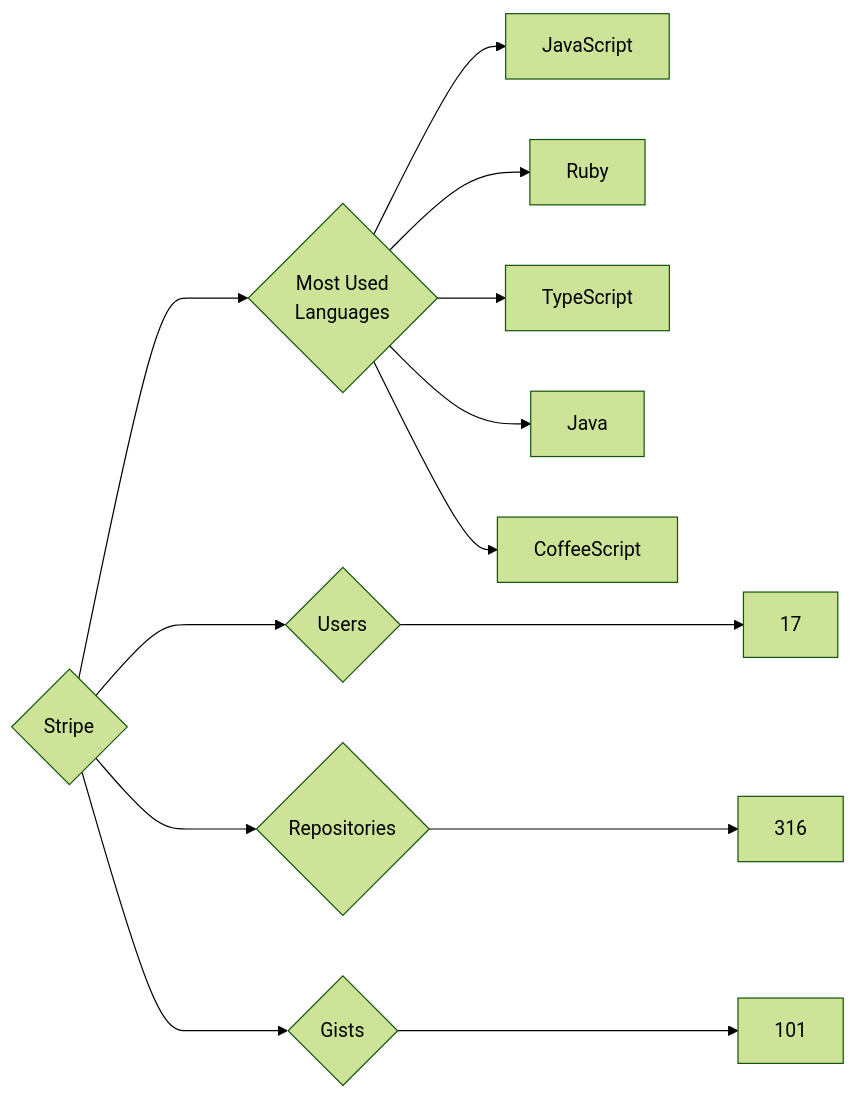
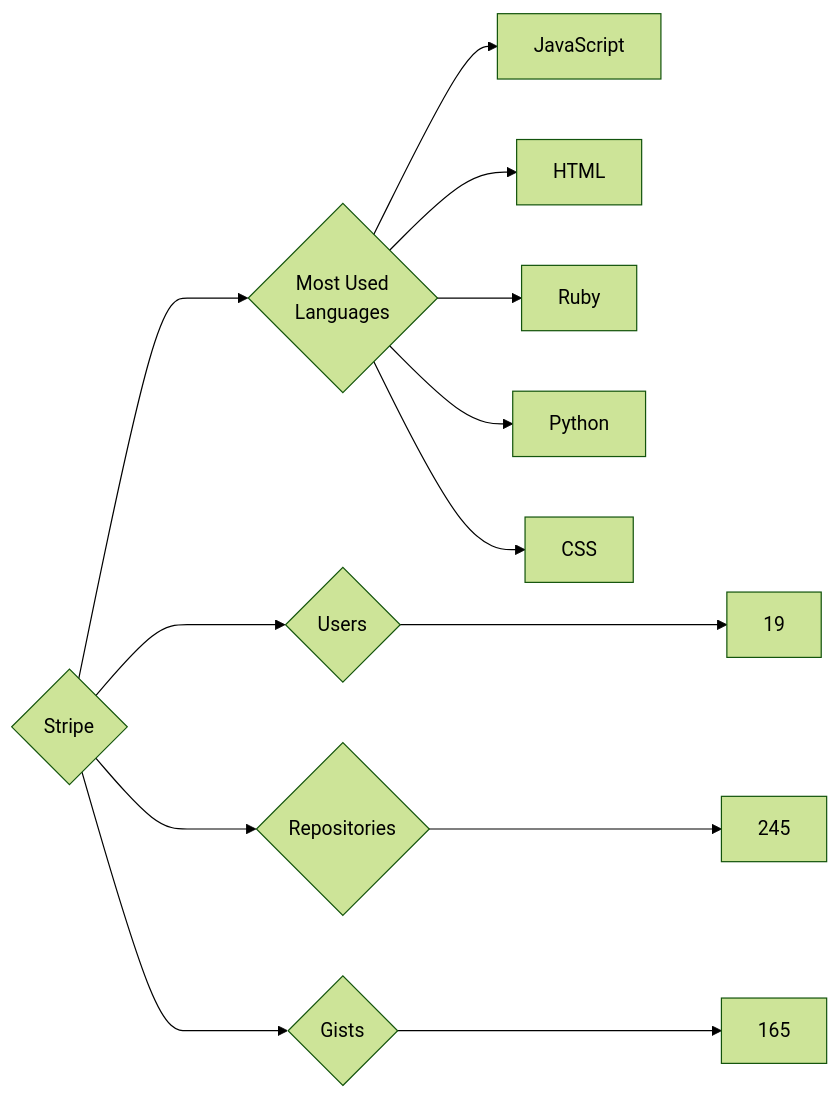
One commit to trickest/insiders changed the diagram in targets/Stripe/README.md. Above: the diagram before and after it, drawn with Mermaid (forest theme). The commit also changed 870 other files, not shown here.

````diff
--- a/targets/Stripe/README.md
+++ b/targets/Stripe/README.md
@@ -3,13 +3,13 @@
 ```mermaid
 graph LR
 COMPANY_NAME{Stripe}
-COMPANY_NAME ---> U{Users} ---> UN[17]
-COMPANY_NAME ---> R{Repositories} ---> RN[316]
-COMPANY_NAME ---> G{Gists} ---> GN[101]
+COMPANY_NAME ---> U{Users} ---> UN[19]
+COMPANY_NAME ---> R{Repositories} ---> RN[245]
+COMPANY_NAME ---> G{Gists} ---> GN[165]
 COMPANY_NAME ---> ML{Most Used<br>Languages}
 ML --> JavaScript[JavaScript]
+ML --> HTML[HTML]
 ML --> Ruby[Ruby]
-ML --> TypeScript[TypeScript]
-ML --> Java[Java]
-ML --> CoffeeScript[CoffeeScript]
+ML --> Python[Python]
+ML --> CSS[CSS]
 ```
````
